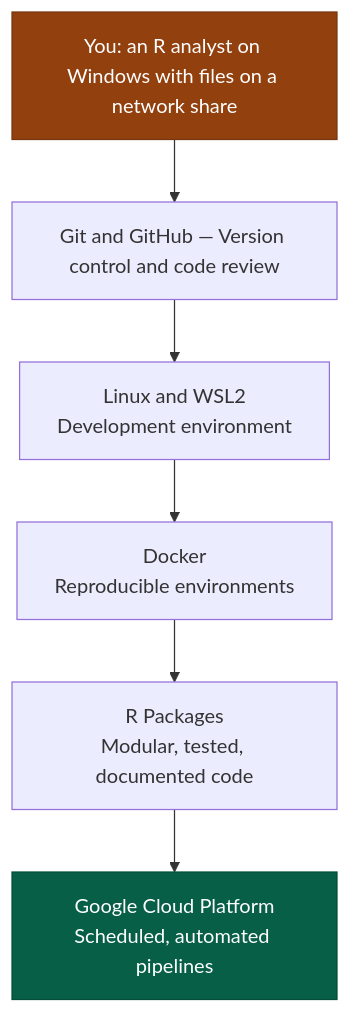
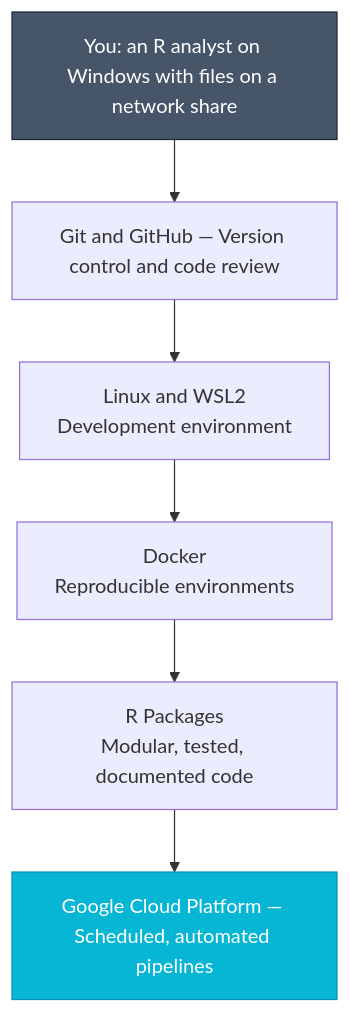
Before and after one commit to Ch3w3y/docker_gcp: the first of 2 diagrams in docs/index.md, drawn with Mermaid. The commit also changed other lines of this file and 12 other files, not shown here.

````diff
--- a/docs/index.md
+++ b/docs/index.md
@@ -24,14 +24,14 @@
 ```mermaid
 flowchart TD
     A["You: an R analyst on Windows with files on a network share"]
     B["Git and GitHub — Version control and code review"]
     C["Linux and WSL2<br/>Development environment"]
     D["Docker<br/>Reproducible environments"]
     E["R Packages<br/>Modular, tested, documented code"]
-    F["Google Cloud Platform<br/>Scheduled, automated pipelines"]
+    F["Google Cloud Platform — Scheduled, automated pipelines"]
 
     A --> B --> C --> D --> E --> F
 
-    style A fill:#92400e,stroke:#78350f,color:#ffffff
-    style F fill:#065f46,stroke:#064e3b,color:#ffffff
+    style A fill:#475569,stroke:#1e293b,color:#ffffff
+    style F fill:#06b6d4,stroke:#0891b2,color:#ffffff
 ```
````
